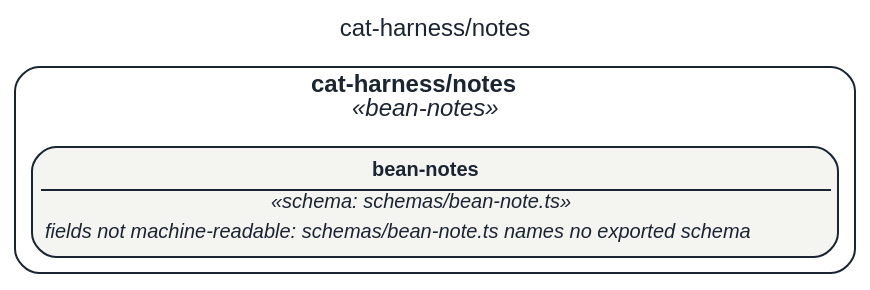
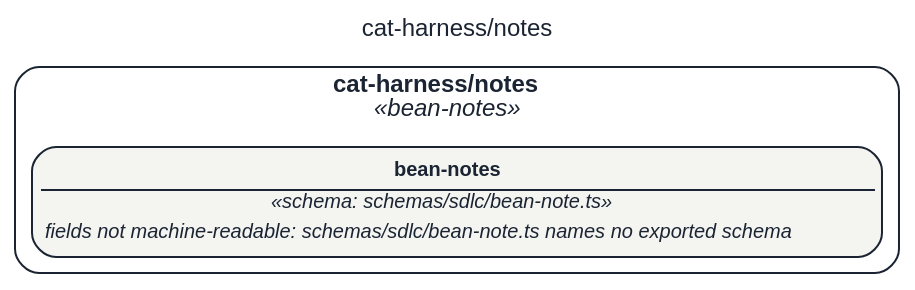
The diagram in assets/img/uml/overview/cat-harness/notes.dot (litlfred/folio-assistant), drawn with Graphviz before and after one commit. The commit also changed 9297 other files, not shown here.

```diff
--- a/assets/img/uml/overview/cat-harness/notes.dot
+++ b/assets/img/uml/overview/cat-harness/notes.dot
@@ -1,11 +1,11 @@
 // GENERATED by cat-harness-tools/scripts/gen-uml-overview.ts — do not edit.
 // Rendered page (interactive view, same model): https://litlfred.github.io/folio-assistant/uml/overview/cat-harness/notes.html
 digraph "cat_harness_notes" {
   graph [label="cat-harness/notes", labelloc=t, fontname="Helvetica", fontsize=12, fontcolor="#1b2432", newrank=true, ratio=auto, nodesep=0.3, ranksep=0.5, bgcolor="transparent"];
   node [shape=box, style="rounded,filled", margin=0.05, fontname="Helvetica", fontsize=10, color="#1b2432", fontcolor="#1b2432"];
   edge [color="#1b2432", fontcolor="#1b2432", fontname="Helvetica", fontsize=9];
   subgraph "cluster_pkg_cat_harness_notes" {
     label=<<b>cat-harness/notes</b><br/><i>«bean-notes»</i>>; style="rounded"; color="#1b2432"; class="fa_uml_subgraph";
-    "cat_harness_notes_bean_notes_shape" [fillcolor="#f4f4f1", class="fa_uml_kind_bean_notes", label=<<table border="0" cellborder="0" cellspacing="0" cellpadding="2"><tr><td border="1" sides="b"><b>bean-notes</b></td></tr><tr><td><i>«schema: schemas/bean-note.ts»</i></td></tr><tr><td align="left"><i>fields not machine-readable: schemas/bean-note.ts names no exported schema</i></td></tr></table>>];
+    "cat_harness_notes_bean_notes_shape" [fillcolor="#f4f4f1", class="fa_uml_kind_bean_notes", label=<<table border="0" cellborder="0" cellspacing="0" cellpadding="2"><tr><td border="1" sides="b"><b>bean-notes</b></td></tr><tr><td><i>«schema: schemas/sdlc/bean-note.ts»</i></td></tr><tr><td align="left"><i>fields not machine-readable: schemas/sdlc/bean-note.ts names no exported schema</i></td></tr></table>>];
   }
 }
```
